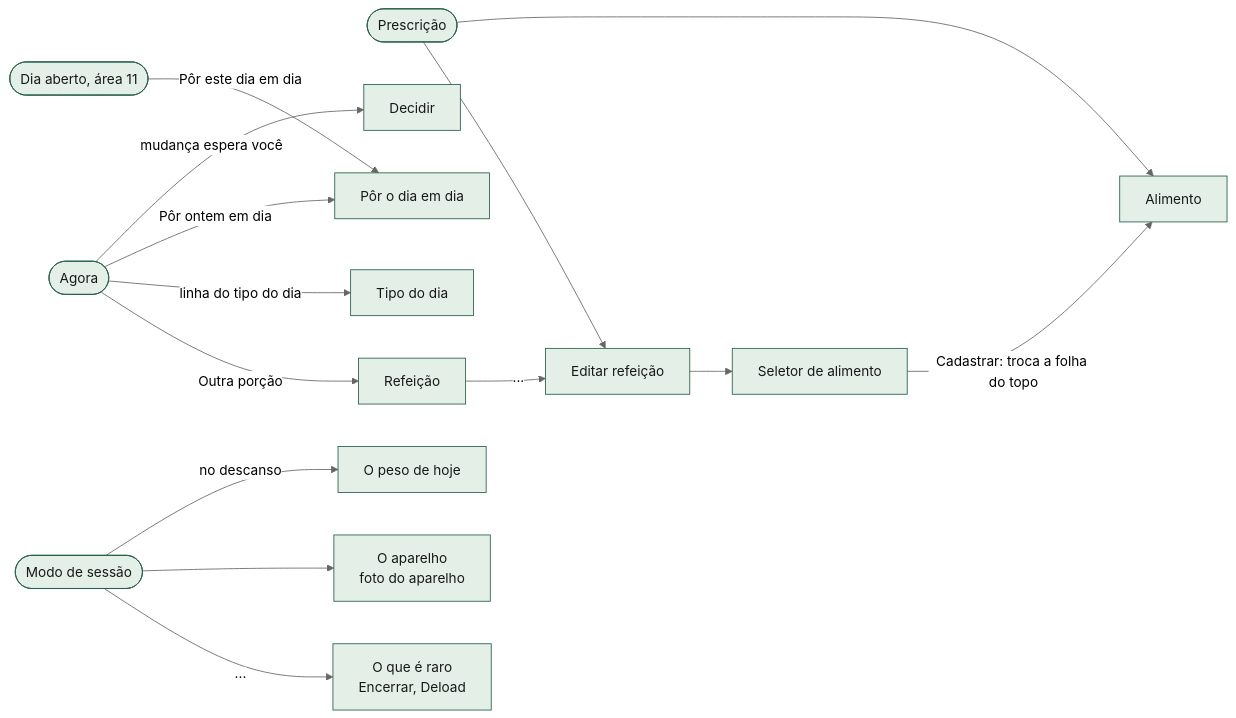
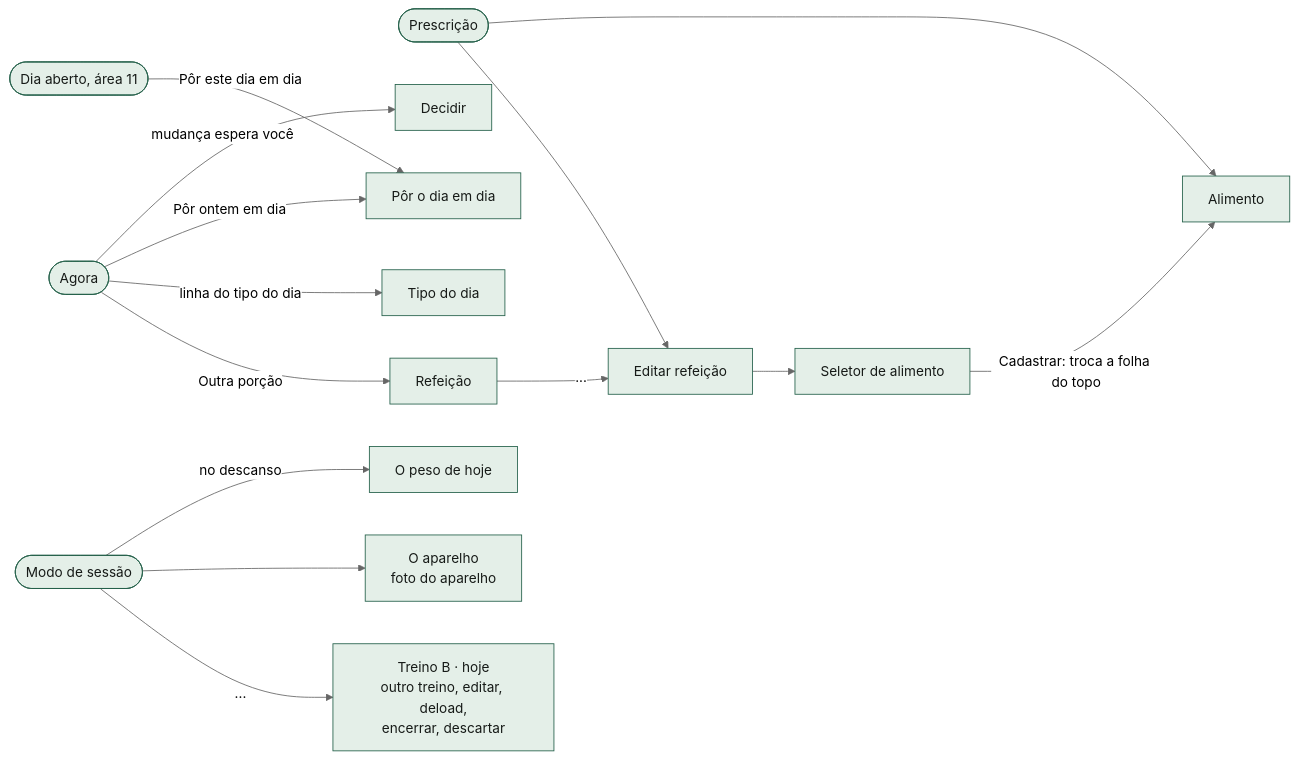
Before and after one commit to eduardogenes/lastro-app: the third of 5 diagrams in docs/mapa/00-visao-geral.md, drawn with Mermaid (neutral theme). The commit also changed 7 other files, not shown here.

````diff
--- a/docs/mapa/00-visao-geral.md
+++ b/docs/mapa/00-visao-geral.md
@@ -166,32 +166,32 @@
 ```mermaid
 flowchart LR
   AG(["Agora"])
   DA(["Dia aberto, área 11"])
   PR(["Prescrição"])
   MS(["Modo de sessão"])
   FR["Refeição"]
   FT["Tipo do dia"]
   FE["Editar refeição"]
   FS["Seletor de alimento"]
   FA["Alimento"]
   FP["Pôr o dia em dia"]
   FD["Decidir"]
-  FM["O que é raro<br/>Encerrar, Deload"]
+  FM["Treino B · hoje<br/>outro treino, editar, deload,<br/>encerrar, descartar"]
   FF["O aparelho<br/>foto do aparelho"]
   FW["O peso de hoje"]
   AG -->|"Outra porção"| FR
   AG -->|"linha do tipo do dia"| FT
   AG -->|"Pôr ontem em dia"| FP
   AG -->|"mudança espera você"| FD
   FR -->|"···"| FE
   PR --> FE
   PR --> FA
   FE --> FS
   FS -->|"Cadastrar: troca a folha do topo"| FA
   DA -->|"Pôr este dia em dia"| FP
   MS -->|"···"| FM
   MS --> FF
   MS -->|"no descanso"| FW
   classDef tela fill:#E4EFE8,stroke:#24604A,color:#161A17
   class AG,DA,PR,MS,FR,FT,FE,FS,FA,FP,FD,FM,FF,FW tela
 ```
````
